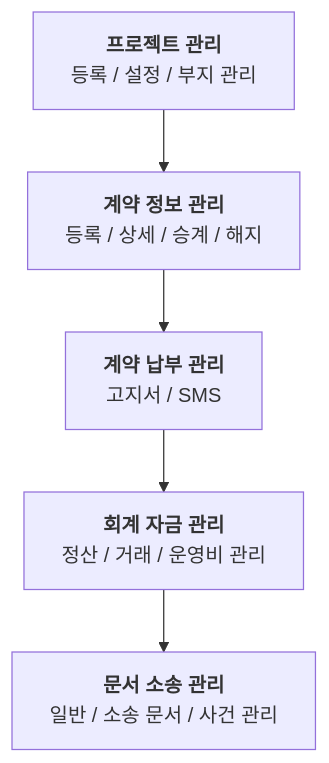
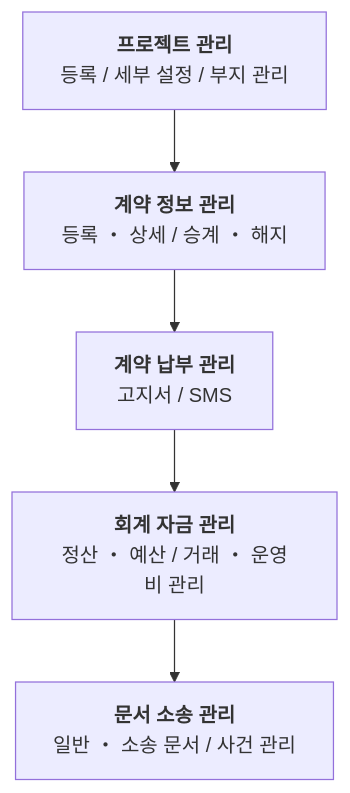
The diagram in app/vue/docs/intro/getting-started.md (nc2U/ibs), drawn with Mermaid before and after one commit.

````diff
--- a/app/vue/docs/intro/getting-started.md
+++ b/app/vue/docs/intro/getting-started.md
@@ -21,9 +21,9 @@
 ```mermaid
 graph TD
-A[<strong>프로젝트 관리</strong><br/>등록 / 설정 / 부지 관리]
-B[<strong>계약 정보 관리</strong><br/>등록 / 상세 / 승계 / 해지]
+A[<strong>프로젝트 관리</strong><br/>등록 / 세부 설정 / 부지 관리]
+B[<strong>계약 정보 관리</strong><br/>등록 ・ 상세 / 승계 ・ 해지]
 C[<strong>계약 납부 관리</strong><br/>고지서 / SMS]
-D[<strong>회계 자금 관리</strong><br/>정산 / 거래 / 운영비 관리]
-E[<strong>문서 소송 관리</strong><br/>일반 / 소송 문서 / 사건 관리]
+D[<strong>회계 자금 관리</strong><br/>정산 ・ 예산 / 거래 ・ 운영비 관리]
+E[<strong>문서 소송 관리</strong><br/>일반 ・ 소송 문서 / 사건 관리]
 A --> B --> C --> D --> E
 ```
````
